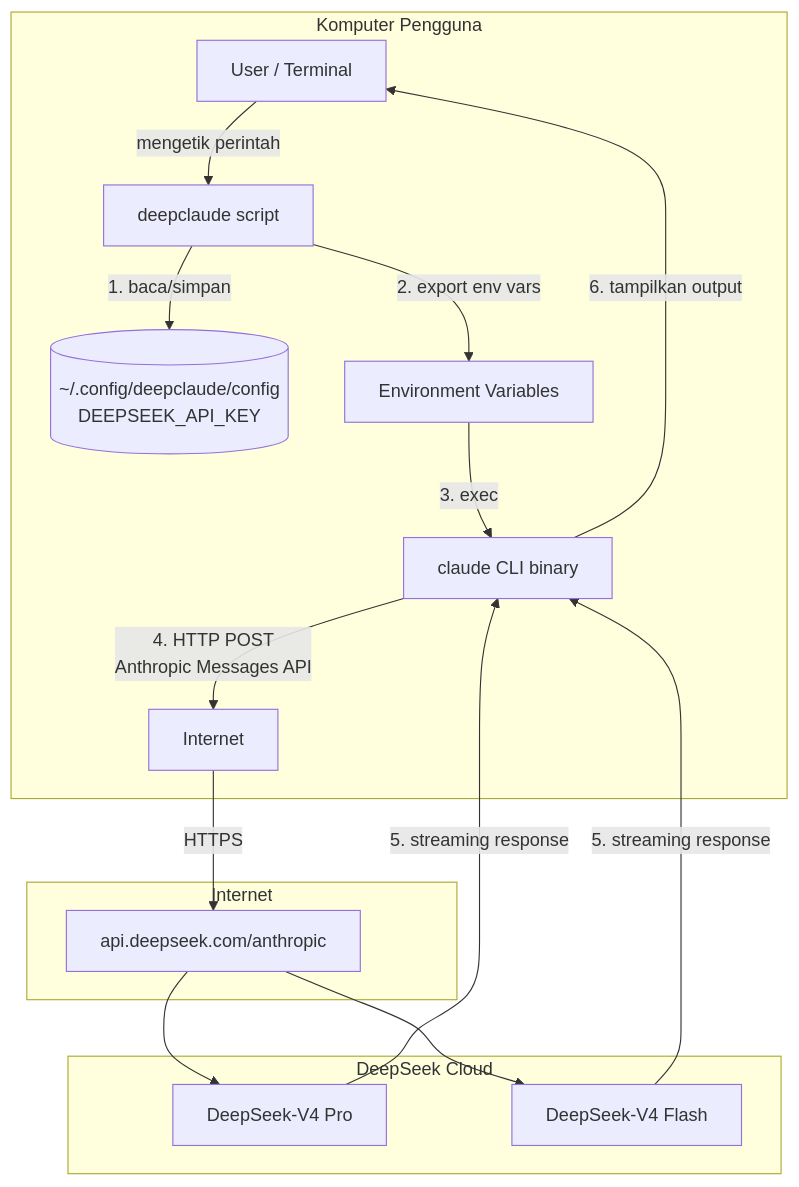
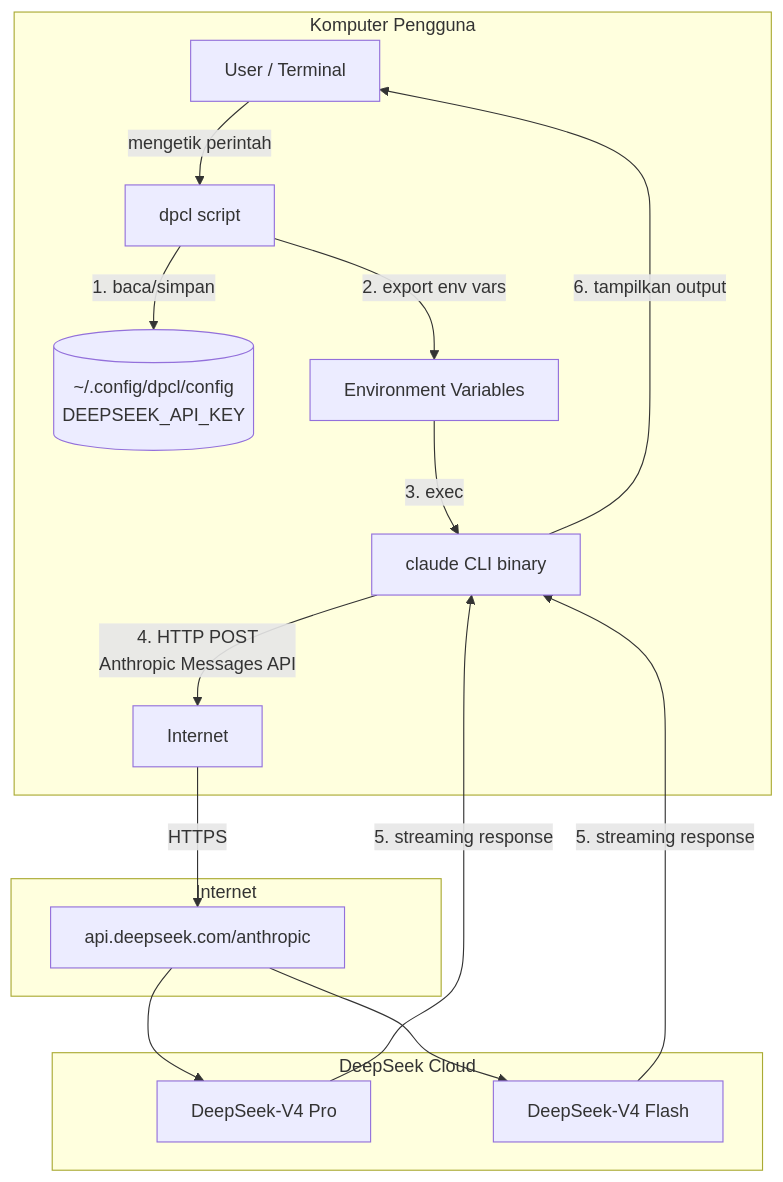
Before and after one commit to Muhira007/deepclaude-v2: the first of 6 diagrams in README.md, drawn with Mermaid. The commit also changed other lines of this file and 13 other files, not shown here.

First line of the commit message:
rename: deepclaude -> dpcl (all aspects)

````diff
--- a/README.md
+++ b/README.md
@@ -93,23 +93,23 @@
 ```mermaid
 graph TB
     subgraph "Komputer Pengguna"
-        A[User / Terminal] -->|mengetik perintah| B[deepclaude script]
-        B -->|1. baca/simpan| C[("~/.config/deepclaude/config<br/>DEEPSEEK_API_KEY")]
+        A[User / Terminal] -->|mengetik perintah| B[dpcl script]
+        B -->|1. baca/simpan| C[("~/.config/dpcl/config<br/>DEEPSEEK_API_KEY")]
         B -->|2. export env vars| D[Environment Variables]
         D -->|3. exec| E[claude CLI binary]
         E -->|4. HTTP POST<br/>Anthropic Messages API| F[Internet]
     end
 
     subgraph "Internet"
         F -->|HTTPS| G["api.deepseek.com/anthropic"]
     end
 
     subgraph "DeepSeek Cloud"
         G --> H[DeepSeek-V4 Pro]
         G --> I[DeepSeek-V4 Flash]
     end
 
     H -->|5. streaming response| E
     I -->|5. streaming response| E
     E -->|6. tampilkan output| A
 ```
````
